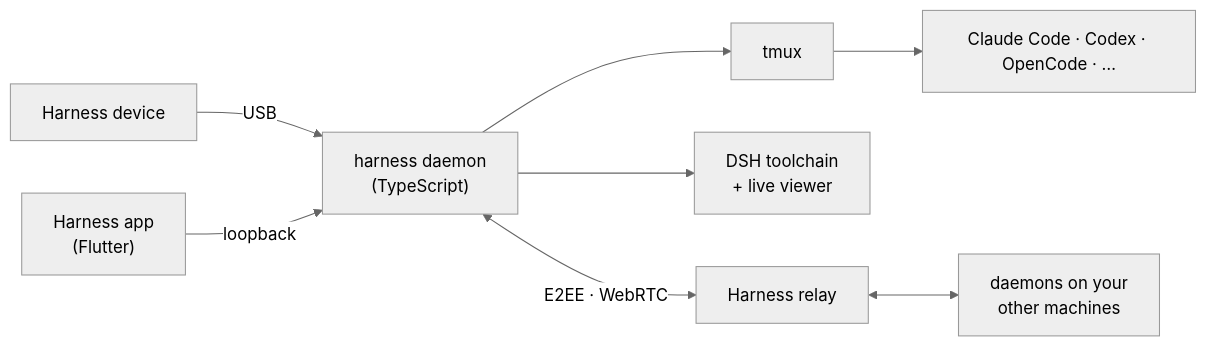
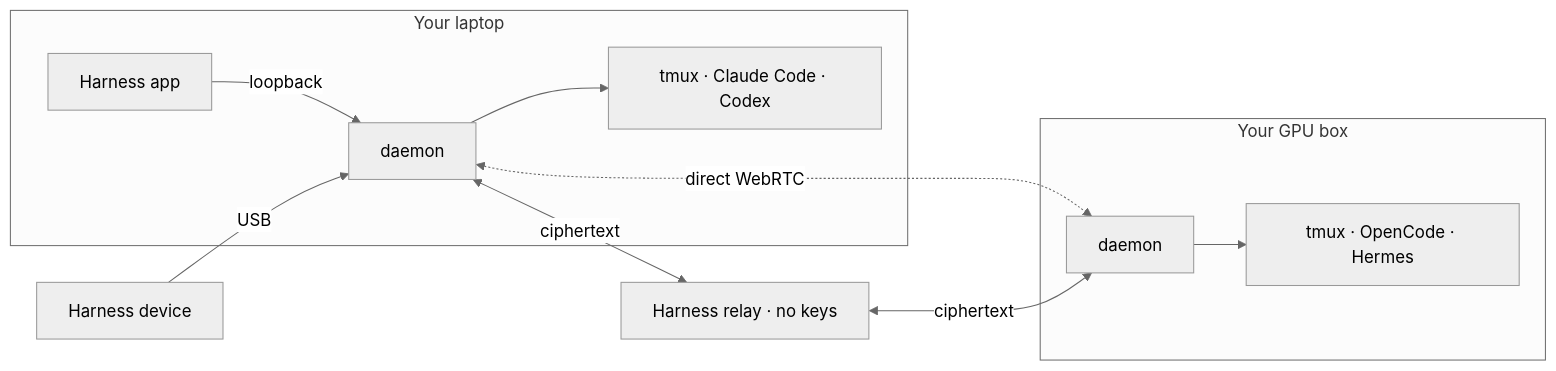
The diagram in README.md (autonomous-ai/openharness), drawn with Mermaid (neutral theme) before and after one commit. The commit also changed other lines of this file and 26 other files, not shown here.

````diff
--- a/README.md
+++ b/README.md
@@ -222,9 +76,14 @@
 ```mermaid
 flowchart LR
-  device["Harness device"] -- USB --> daemon
-  app["Harness app<br/>(Flutter)"] -- loopback --> daemon["harness daemon<br/>(TypeScript)"]
-  daemon --> tmux["tmux"] --> agents["Claude Code · Codex · OpenCode · …"]
-  daemon --> dsh["DSH toolchain<br/>+ live viewer"]
-  daemon <-- "E2EE · WebRTC" --> relay["Harness relay"]
-  relay <--> remote["daemons on your<br/>other machines"]
+  subgraph laptop["Your laptop"]
+    app["Harness app"] -- loopback --> d1["daemon"]
+    d1 --> a1["tmux · Claude Code · Codex"]
+  end
+  subgraph box["Your GPU box"]
+    d2["daemon"] --> a2["tmux · OpenCode · Hermes"]
+  end
+  device["Harness device"] -- USB --> d1
+  d1 <-. "direct WebRTC" .-> d2
+  d1 <-- "ciphertext" --> relay["Harness relay · no keys"]
+  relay <-- "ciphertext" --> d2
 ```
````
